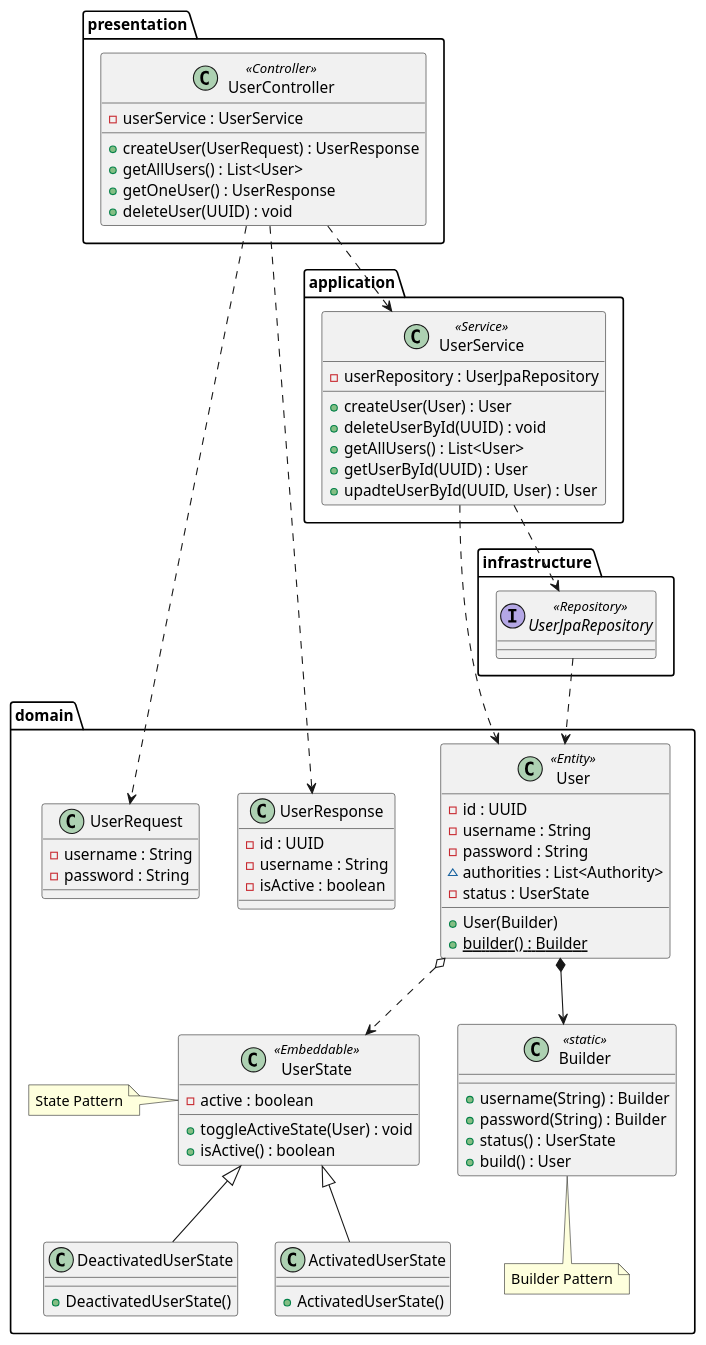
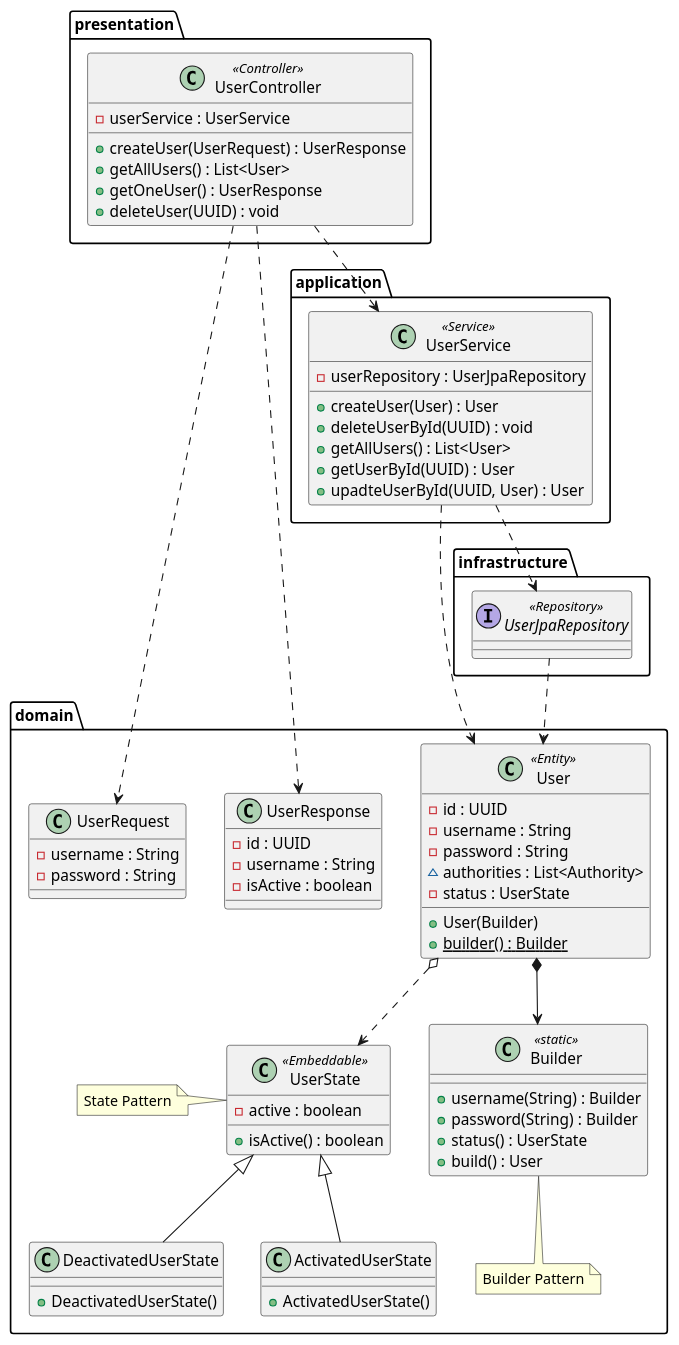
The diagram in src/main/java/kr/ac/deu/cse/scheduler/user/User.puml (ads0070/daily-scheduler), drawn with PlantUML before and after one commit. The commit also changed 2 other files, not shown here.

Commit message:
fix(user): remove toggle state method from user state

```diff
--- a/src/main/java/kr/ac/deu/cse/scheduler/user/User.puml
+++ b/src/main/java/kr/ac/deu/cse/scheduler/user/User.puml
@@ -1,92 +1,91 @@
 @startuml User
 ' !theme resume-light
 ' !theme cerulean-outline
 ' !theme sketchy-outline
 
 package domain {
   class User <<Entity>> {
     -id : UUID
     -username : String
     -password : String
     ~authorities : List<Authority>
     -status : UserState
     +User(Builder)
     {static} +builder() : Builder
   }
 
   class Builder <<static>> {
     +username(String) : Builder
     +password(String) : Builder
     +status() : UserState
     +build() : User
   }
 
   note bottom of Builder: Builder Pattern
 
   class UserState <<Embeddable>> {
     -active : boolean
-    +toggleActiveState(User) : void
     +isActive() : boolean
   }
 
   note left of UserState: State Pattern
 
   class ActivatedUserState extends UserState {
     +ActivatedUserState()
   }
 
   class DeactivatedUserState extends UserState {
     +DeactivatedUserState()
   }
 }
 
 User *--> Builder
 User o..> UserState
 
 package domain {
   class UserRequest {
     -username : String
     -password : String
   }
 
   class UserResponse {
     -id : UUID
     -username : String
     -isActive : boolean
   }
 }
 
 package presentation {
   class UserController <<Controller>> {
     -userService : UserService
     +createUser(UserRequest) : UserResponse
     +getAllUsers() : List<User>
     +getOneUser() : UserResponse
     ' +upadteUser() : User
     +deleteUser(UUID) : void
   }
 }
 
 package application {
   class UserService <<Service>> {
     -userRepository : UserJpaRepository
     +createUser(User) : User
     +deleteUserById(UUID) : void
     +getAllUsers() : List<User>
     +getUserById(UUID) : User
     +upadteUserById(UUID, User) : User
   }
 }
 
 package infrastructure {
   interface UserJpaRepository <<Repository>>
 }
 
 UserController ..> UserRequest
 UserController ..> UserResponse
 UserController ..> UserService
 UserService ..> UserJpaRepository
 UserService ..> User
 UserJpaRepository ..> User
 
 @enduml
```
